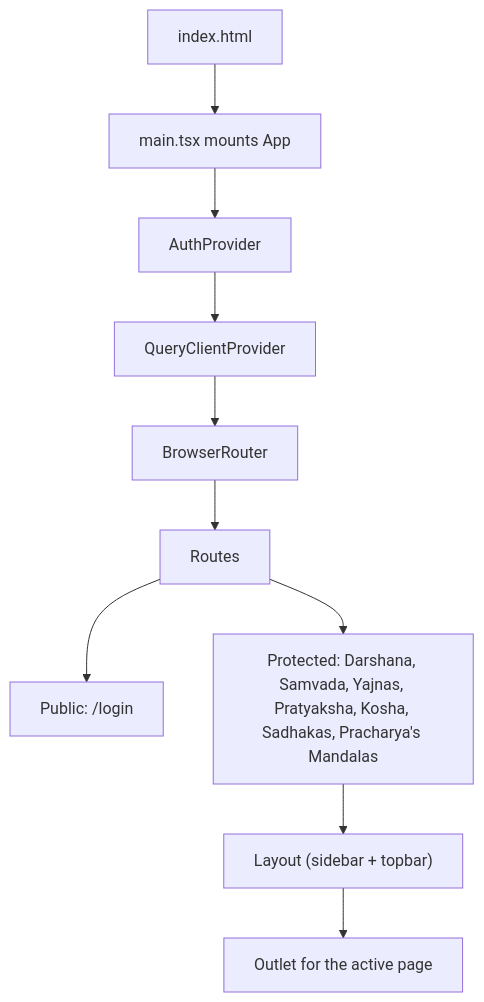
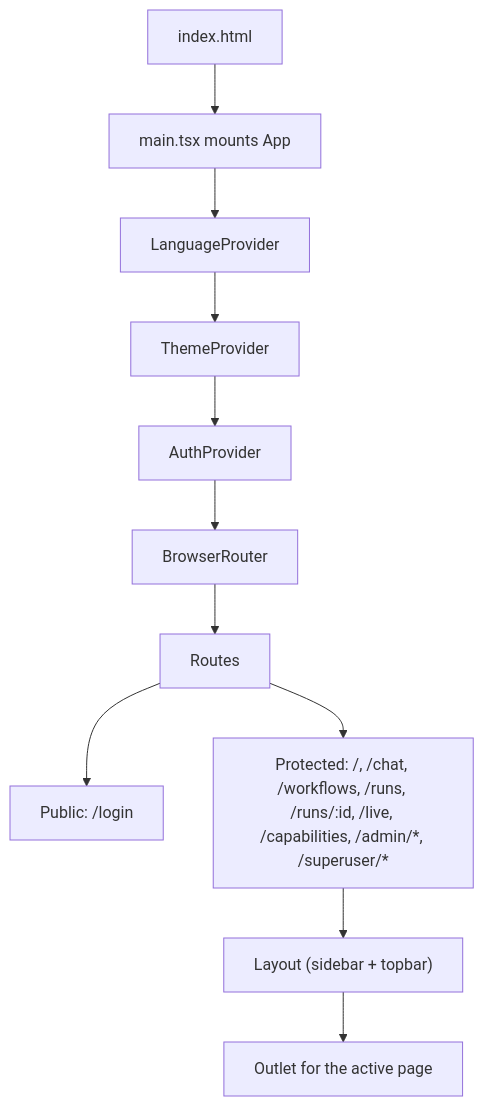
One commit to so-weak/Aakaar changed the first of 8 diagrams in documentation/src/04-Frontend-Architecture.md. Above: the diagram before and after it, drawn with Mermaid. The commit also changed other lines of this file and 23 other files, not shown here.

````diff
--- a/documentation/src/04-Frontend-Architecture.md
+++ b/documentation/src/04-Frontend-Architecture.md
@@ -25,12 +27,13 @@
 ```mermaid
 flowchart TD
   R["index.html"] --> M["main.tsx mounts App"]
-  M --> P["AuthProvider"]
-  P --> Q["QueryClientProvider"]
-  Q --> RT["BrowserRouter"]
+  M --> P["LanguageProvider"]
+  P --> Q["ThemeProvider"]
+  Q --> A["AuthProvider"]
+  A --> RT["BrowserRouter"]
   RT --> RTS["Routes"]
   RTS --> PUB["Public: /login"]
-  RTS --> PRT["Protected: Darshana, Samvada, Yajnas, Pratyaksha, Kosha, Sadhakas, Pracharya's Mandalas"]
+  RTS --> PRT["Protected: /, /chat, /workflows, /runs, /runs/:id, /live, /capabilities, /admin/*, /superuser/*"]
   PRT --> L["Layout (sidebar + topbar)"]
   L --> O["Outlet for the active page"]
 ```
````
